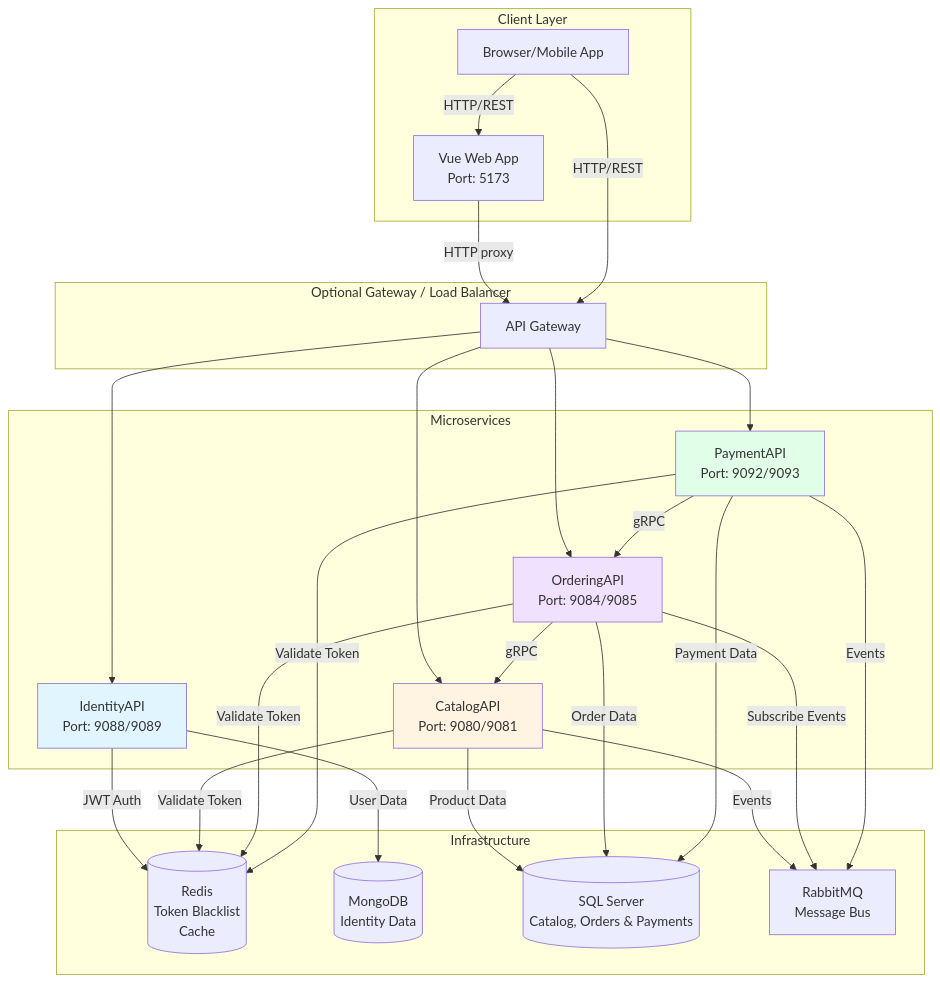
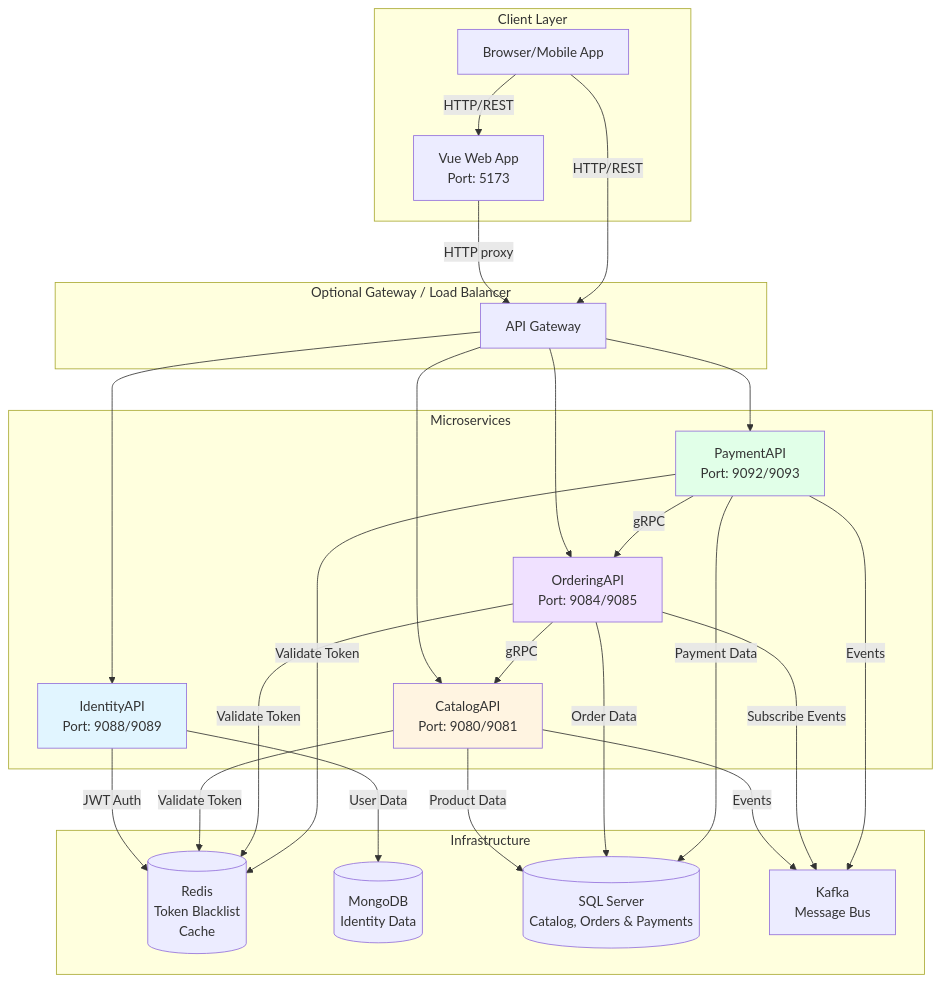
One commit to gndev-vn/DDDSample changed the first of 10 diagrams in docs/architecture.md. Above: the diagram before and after it, drawn with Mermaid. The commit also changed other lines of this file and 176 other files, not shown here.

````diff
--- a/docs/architecture.md
+++ b/docs/architecture.md
@@ -11,55 +11,55 @@
 ```mermaid
 graph TB
     subgraph "Client Layer"
         Browser[Browser/Mobile App]
         WebApp[Vue Web App<br/>Port: 5173]
     end
 
     subgraph "Optional Gateway / Load Balancer"
         Gateway[API Gateway]
     end
 
     subgraph "Microservices"
         Identity[IdentityAPI<br/>Port: 9088/9089]
         Catalog[CatalogAPI<br/>Port: 9080/9081]
         Ordering[OrderingAPI<br/>Port: 9084/9085]
         Payment[PaymentAPI<br/>Port: 9092/9093]
     end
 
     subgraph "Infrastructure"
         Redis[(Redis<br/>Token Blacklist<br/>Cache)]
         MongoDB[(MongoDB<br/>Identity Data)]
         SQLServer[(SQL Server<br/>Catalog, Orders & Payments)]
-        RabbitMQ[RabbitMQ<br/>Message Bus]
+        Kafka[Kafka<br/>Message Bus]
     end
 
     Browser -->|HTTP/REST| WebApp
     WebApp -->|HTTP proxy| Gateway
     Browser -->|HTTP/REST| Gateway
     Gateway --> Identity
     Gateway --> Catalog
     Gateway --> Ordering
     Gateway --> Payment
 
     Identity -->|JWT Auth| Redis
     Identity -->|User Data| MongoDB
     
     Catalog -->|Product Data| SQLServer
-    Catalog -->|Events| RabbitMQ
+    Catalog -->|Events| Kafka
     Catalog -->|Validate Token| Redis
     
     Ordering -->|Order Data| SQLServer
-    Ordering -->|Subscribe Events| RabbitMQ
+    Ordering -->|Subscribe Events| Kafka
     Ordering -->|gRPC| Catalog
     Ordering -->|Validate Token| Redis
 
     Payment -->|Payment Data| SQLServer
-    Payment -->|Events| RabbitMQ
+    Payment -->|Events| Kafka
     Payment -->|gRPC| Ordering
     Payment -->|Validate Token| Redis
 
     style Identity fill:#e1f5ff
     style Catalog fill:#fff4e1
     style Ordering fill:#f0e1ff
     style Payment fill:#e1ffe8
 ```
````
